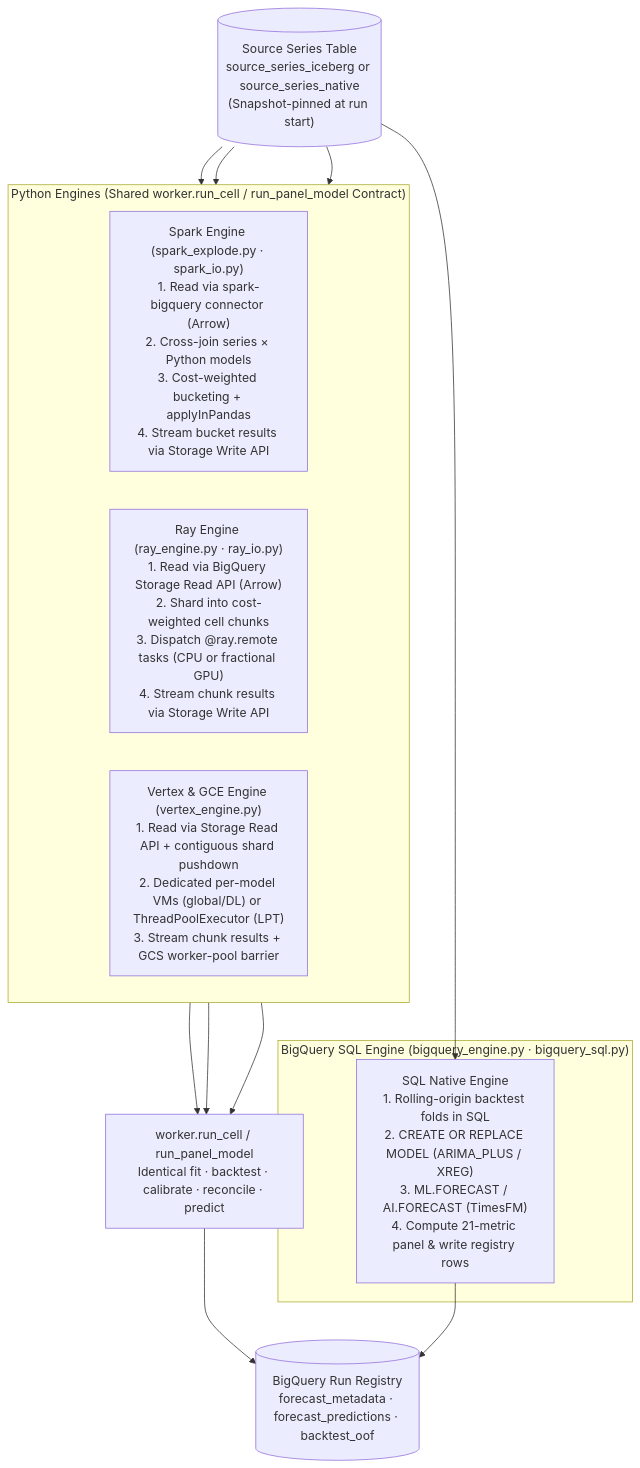
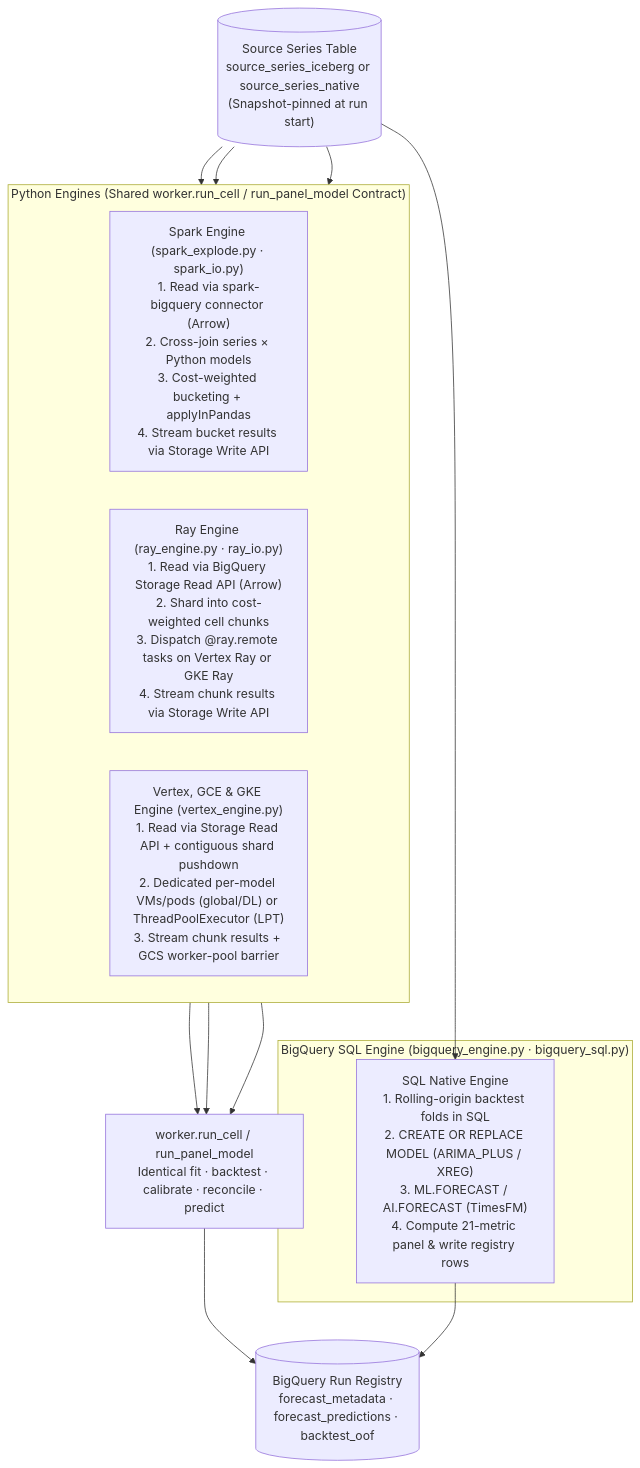
Before and after one commit to statmike/scale-forecasting: the diagram in src/scale_forecasting/engines/README.md, drawn with Mermaid. The commit also changed other lines of this file and 59 other files, not shown here.

Commit message:
feat(gke): add Google Kubernetes Engine (gke) runtime, Indexed Jobs, Ray-on-GKE, per-pod GPU scale-down, and runtimes reference

````diff
--- a/src/scale_forecasting/engines/README.md
+++ b/src/scale_forecasting/engines/README.md
@@ -11,23 +11,23 @@
 ```mermaid
 flowchart TB
     src[("Source Series Table<br/>source_series_iceberg or source_series_native<br/>(Snapshot-pinned at run start)")]
 
     subgraph py_engines["Python Engines (Shared worker.run_cell / run_panel_model Contract)"]
         direction LR
         spark["Spark Engine (spark_explode.py · spark_io.py)<br/>1. Read via spark-bigquery connector (Arrow)<br/>2. Cross-join series × Python models<br/>3. Cost-weighted bucketing + applyInPandas<br/>4. Stream bucket results via Storage Write API"]
-        ray["Ray Engine (ray_engine.py · ray_io.py)<br/>1. Read via BigQuery Storage Read API (Arrow)<br/>2. Shard into cost-weighted cell chunks<br/>3. Dispatch @ray.remote tasks (CPU or fractional GPU)<br/>4. Stream chunk results via Storage Write API"]
-        vtx["Vertex & GCE Engine (vertex_engine.py)<br/>1. Read via Storage Read API + contiguous shard pushdown<br/>2. Dedicated per-model VMs (global/DL) or ThreadPoolExecutor (LPT)<br/>3. Stream chunk results + GCS worker-pool barrier"]
+        ray["Ray Engine (ray_engine.py · ray_io.py)<br/>1. Read via BigQuery Storage Read API (Arrow)<br/>2. Shard into cost-weighted cell chunks<br/>3. Dispatch @ray.remote tasks on Vertex Ray or GKE Ray<br/>4. Stream chunk results via Storage Write API"]
+        vtx["Vertex, GCE & GKE Engine (vertex_engine.py)<br/>1. Read via Storage Read API + contiguous shard pushdown<br/>2. Dedicated per-model VMs/pods (global/DL) or ThreadPoolExecutor (LPT)<br/>3. Stream chunk results + GCS worker-pool barrier"]
     end
 
     subgraph bq_engine["BigQuery SQL Engine (bigquery_engine.py · bigquery_sql.py)"]
         bq["SQL Native Engine<br/>1. Rolling-origin backtest folds in SQL<br/>2. CREATE OR REPLACE MODEL (ARIMA_PLUS / XREG)<br/>3. ML.FORECAST / AI.FORECAST (TimesFM)<br/>4. Compute 21-metric panel & write registry rows"]
     end
 
     cell["worker.run_cell / run_panel_model<br/>Identical fit · backtest · calibrate · reconcile · predict"]
     reg[("BigQuery Run Registry<br/>forecast_metadata · forecast_predictions · backtest_oof")]
 
     src --> spark & ray & vtx & bq
     spark & ray & vtx --> cell
     cell --> reg
     bq --> reg
 ```
````
